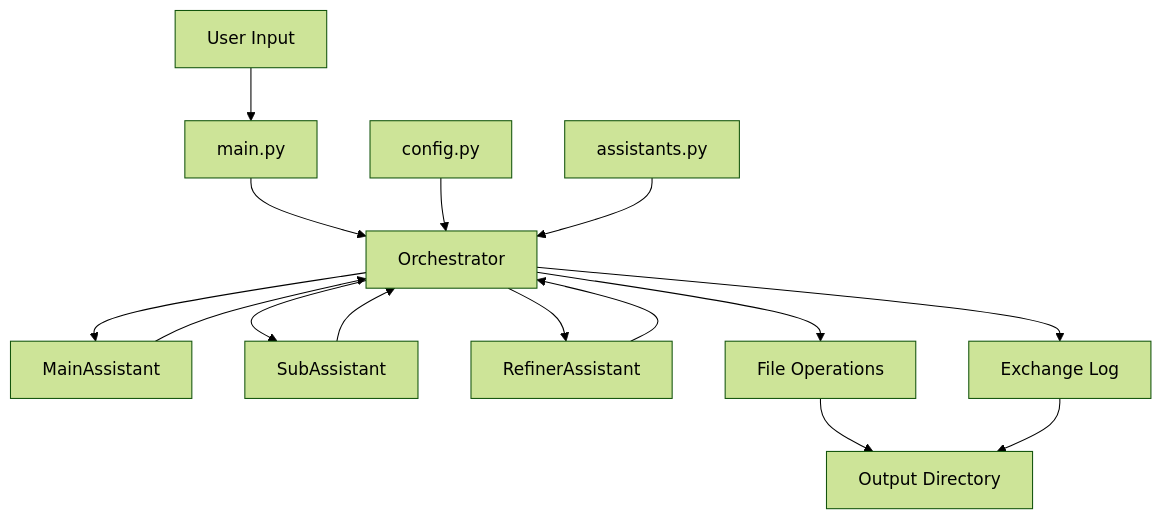
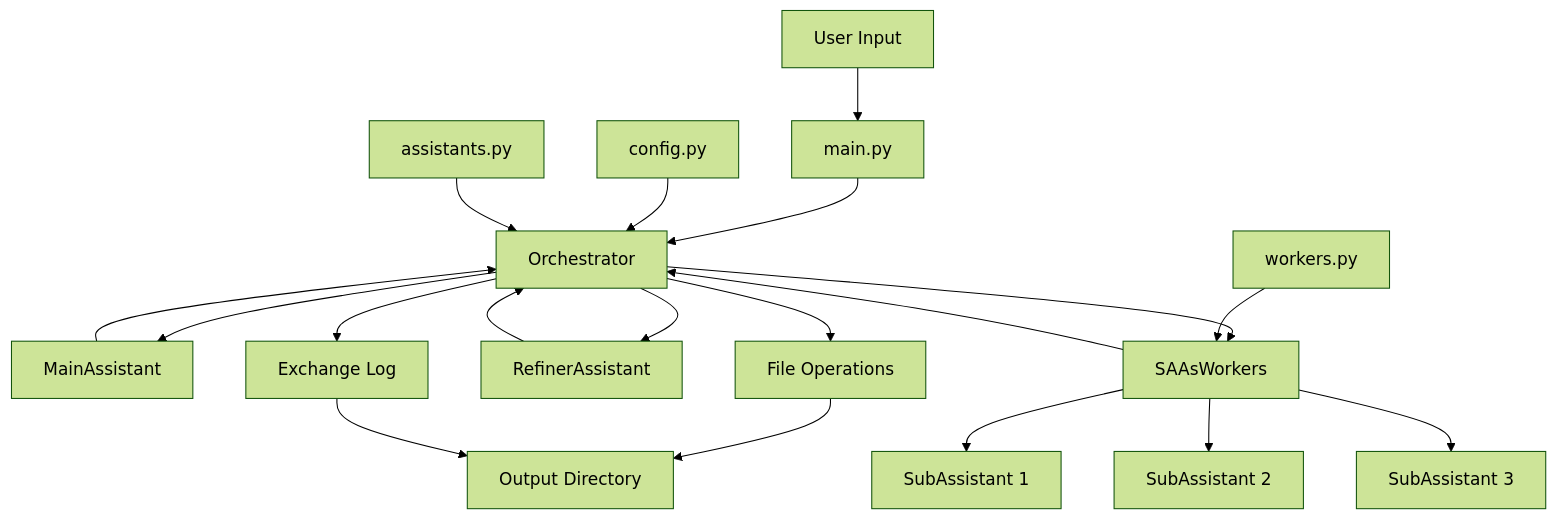
One commit to waveupHQ/smart-autonomous-assistants changed the diagram in README.md. Above: the diagram before and after it, drawn with Mermaid (forest theme). The commit also changed other lines of this file, not shown here.

Commit message:
Update System Architecture graph to include SAAsWorkers

````diff
--- a/README.md
+++ b/README.md
@@ -128,17 +128,21 @@
 ```mermaid
 graph TD
     A[User Input] --> B[main.py]
     B --> C[Orchestrator]
     C --> D[MainAssistant]
-    C --> E[SubAssistant]
-    C --> F[RefinerAssistant]
+    C --> E[SAAsWorkers]
+    E --> F[SubAssistant 1]
+    E --> G[SubAssistant 2]
+    E --> H[SubAssistant 3]
+    C --> I[RefinerAssistant]
     D --> C
     E --> C
-    F --> C
-    C --> G[File Operations]
-    G --> H[Output Directory]
-    C --> I[Exchange Log]
-    I --> H
-    J[config.py] --> C
-    K[assistants.py] --> C
+    I --> C
+    C --> J[File Operations]
+    J --> K[Output Directory]
+    C --> L[Exchange Log]
+    L --> K
+    M[config.py] --> C
+    N[assistants.py] --> C
+    O[workers.py] --> E
 ```
````
